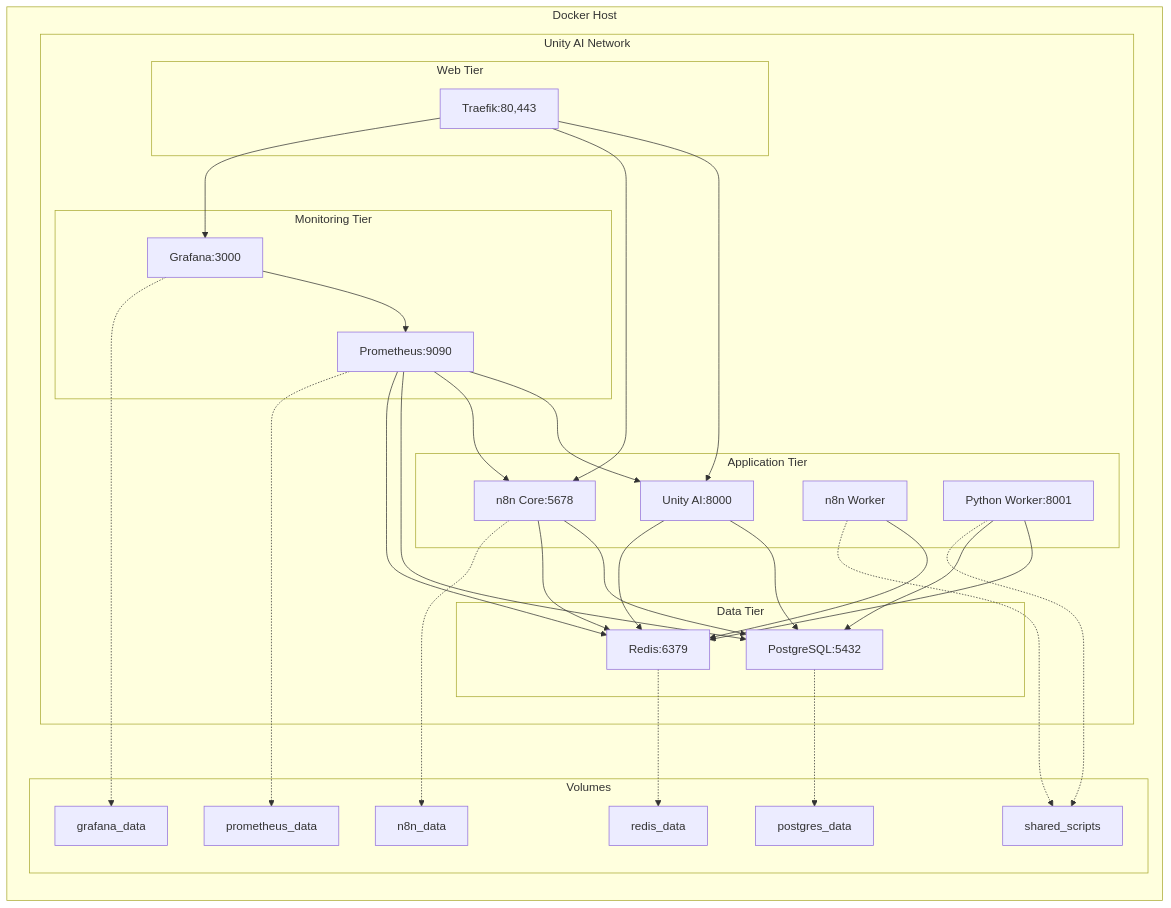
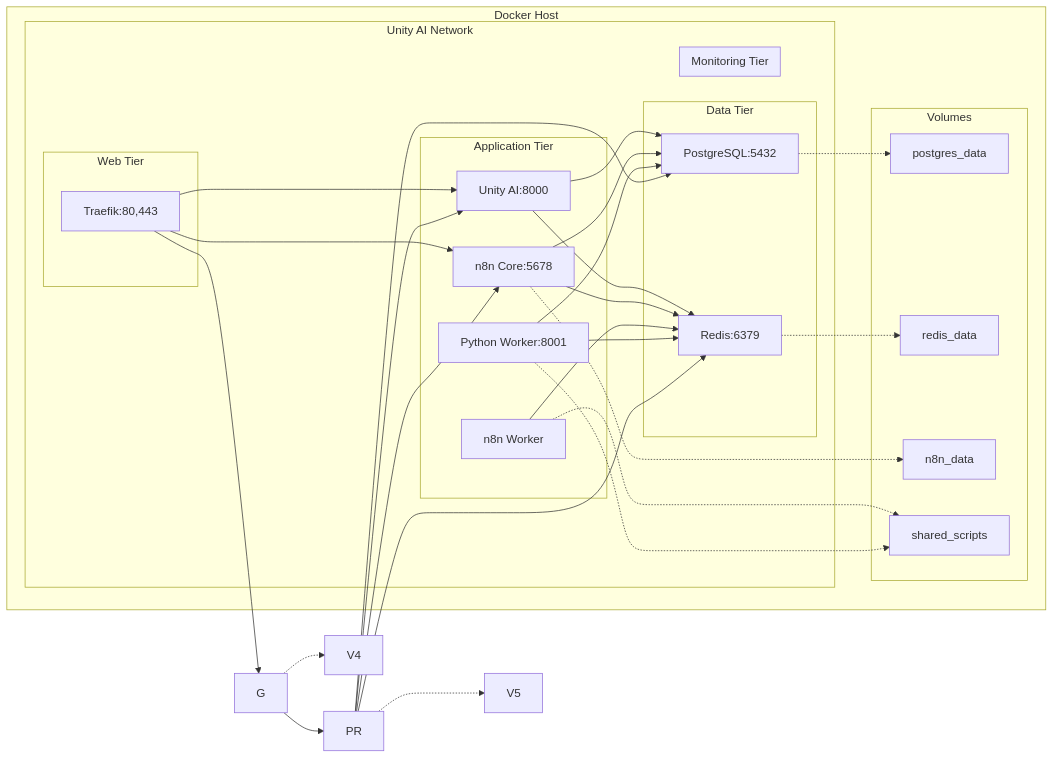
The third of 7 diagrams in docs/architecture-mermaid.md (Flissel/unity-ai-platform-clean), drawn with Mermaid before and after one commit. The commit also changed other lines of this file and 95 other files, not shown here.

First line of the commit message:
refactor(monitoring): remove Prometheus and Grafana integration

````diff
--- a/docs/architecture-mermaid.md
+++ b/docs/architecture-mermaid.md
@@ -198,60 +91,58 @@
 ```mermaid
 graph LR
     subgraph "Docker Host"
         subgraph "Unity AI Network"
             subgraph "Web Tier"
                 T[Traefik:80,443]
             end
             
             subgraph "Application Tier"
                 UA[Unity AI:8000]
                 N8N[n8n Core:5678]
                 NW[n8n Worker]
                 PW[Python Worker:8001]
             end
             
             subgraph "Data Tier"
                 P[PostgreSQL:5432]
                 R[Redis:6379]
             end
             
             subgraph "Monitoring Tier"
-                PR[Prometheus:9090]
-                G[Grafana:3000]
+
             end
         end
         
         subgraph "Volumes"
             V1[postgres_data]
             V2[redis_data]
             V3[n8n_data]
-            V4[grafana_data]
-            V5[prometheus_data]
+
             V6[shared_scripts]
         end
     end
     
     T --> UA
     T --> N8N
     T --> G
     UA --> P
     UA --> R
     N8N --> P
     N8N --> R
     NW --> R
     PW --> R
     PW --> P
     PR --> UA
     PR --> N8N
     PR --> P
     PR --> R
     G --> PR
     
     P -.-> V1
     R -.-> V2
     N8N -.-> V3
     G -.-> V4
     PR -.-> V5
     NW -.-> V6
     PW -.-> V6
 ```
````
